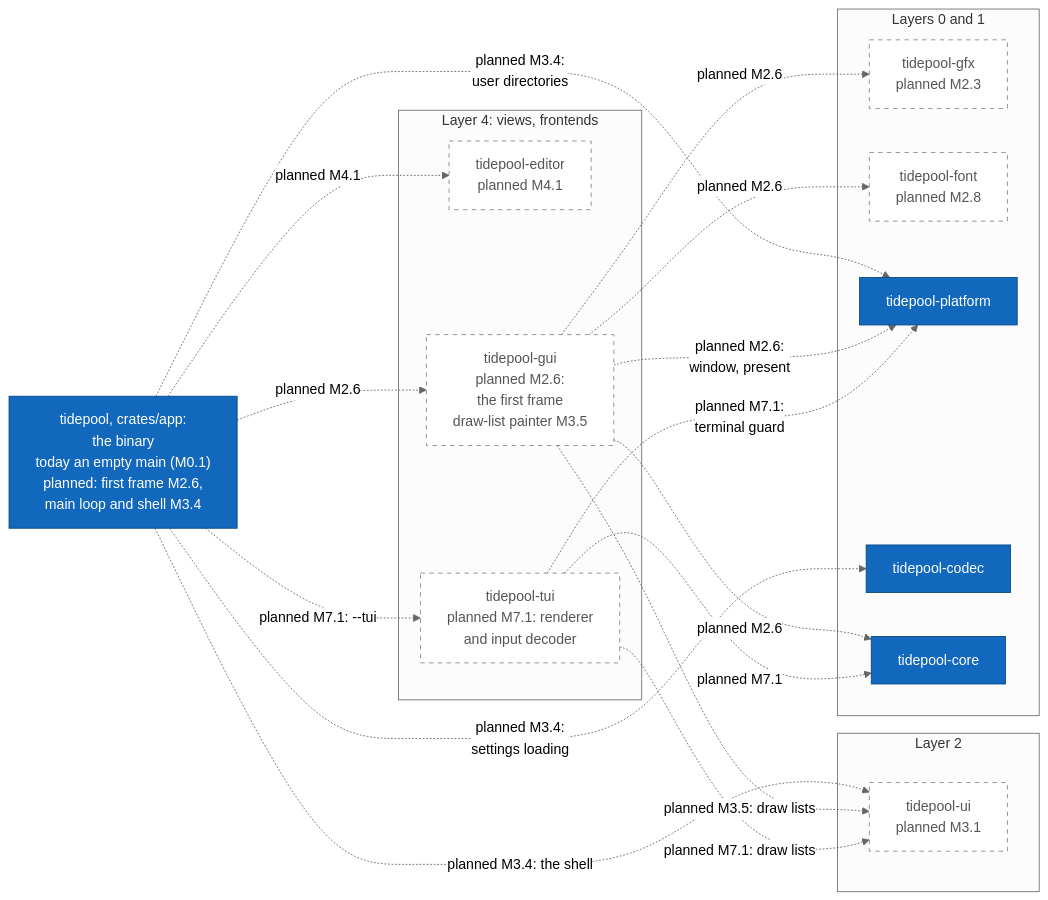
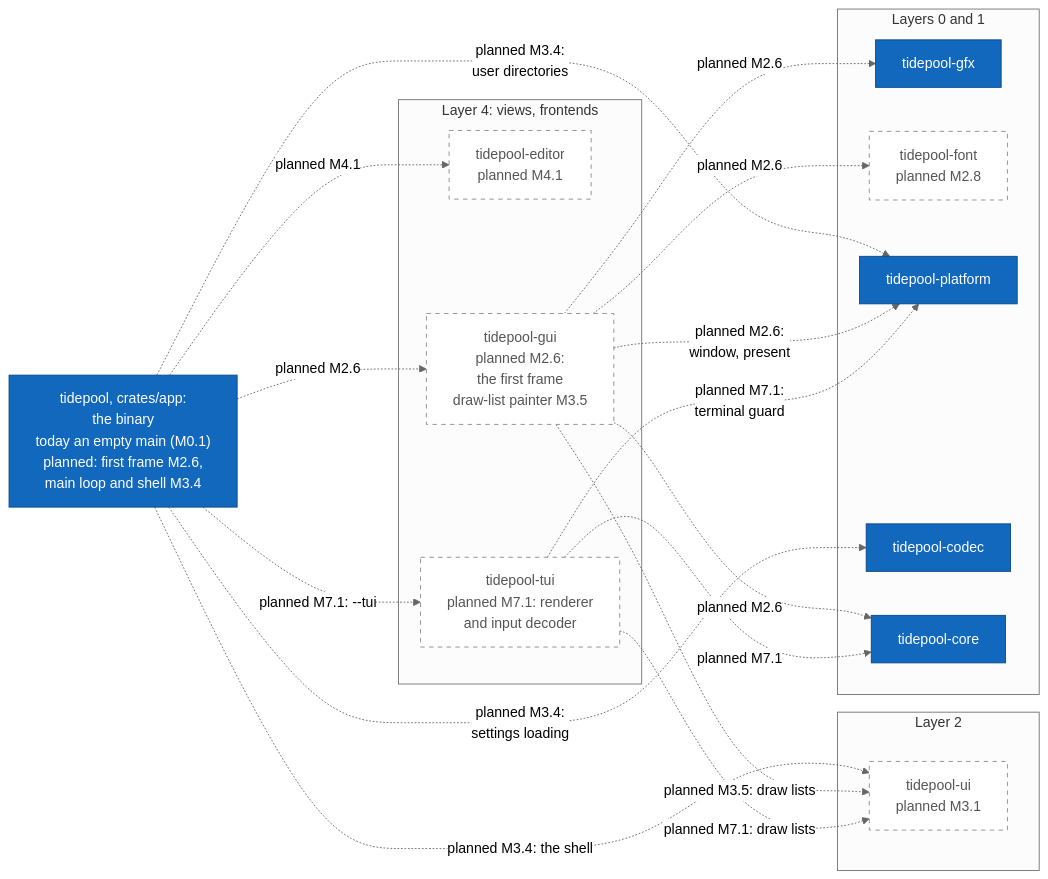
The tenth of 16 diagrams in diagrams/c4-architecture.md (jabbott-iii/Tidepool), drawn with Mermaid (neutral theme) before and after one commit. The commit also changed other lines of this file and 28 other files, not shown here.

````diff
--- a/diagrams/c4-architecture.md
+++ b/diagrams/c4-architecture.md
@@ -494,39 +497,39 @@
 ```mermaid
 flowchart LR
     k_app["tidepool, crates/app:<br/>the binary<br/>today an empty main (M0.1)<br/>planned: first frame M2.6,<br/>main loop and shell M3.4"]
     subgraph L4["Layer 4: views, frontends"]
         k_editor["tidepool-editor<br/>planned M4.1"]
         k_gui["tidepool-gui<br/>planned M2.6:<br/>the first frame<br/>draw-list painter M3.5"]
         k_tui["tidepool-tui<br/>planned M7.1: renderer<br/>and input decoder"]
     end
     subgraph L2["Layer 2"]
         k_ui["tidepool-ui<br/>planned M3.1"]
     end
     subgraph L01["Layers 0 and 1"]
-        k_gfx["tidepool-gfx<br/>planned M2.3"]
+        k_gfx["tidepool-gfx"]
         k_font["tidepool-font<br/>planned M2.8"]
         k_platform["tidepool-platform"]
         k_codec["tidepool-codec"]
         k_core["tidepool-core"]
     end
 
     k_app -.->|"planned M2.6"| k_gui
     k_app -.->|"planned M7.1: --tui"| k_tui
     k_app -.->|"planned M4.1"| k_editor
     k_app -.->|"planned M3.4: the shell"| k_ui
     k_app -.->|"planned M3.4:<br/>settings loading"| k_codec
     k_app -.->|"planned M3.4:<br/>user directories"| k_platform
     k_gui -.->|"planned M2.6"| k_core
     k_gui -.->|"planned M2.6:<br/>window, present"| k_platform
     k_gui -.->|"planned M2.6"| k_gfx
     k_gui -.->|"planned M2.6"| k_font
     k_gui -.->|"planned M3.5: draw lists"| k_ui
     k_tui -.->|"planned M7.1"| k_core
     k_tui -.->|"planned M7.1:<br/>terminal guard"| k_platform
     k_tui -.->|"planned M7.1: draw lists"| k_ui
 
     classDef built fill:#1168bd,stroke:#0b4884,color:#ffffff
     classDef planned fill:#ffffff,stroke:#888888,stroke-dasharray: 5 5,color:#555555
-    class k_app,k_platform,k_codec,k_core built
-    class k_editor,k_gui,k_tui,k_ui,k_gfx,k_font planned
+    class k_app,k_platform,k_codec,k_gfx,k_core built
+    class k_editor,k_gui,k_tui,k_ui,k_font planned
 ```
````
